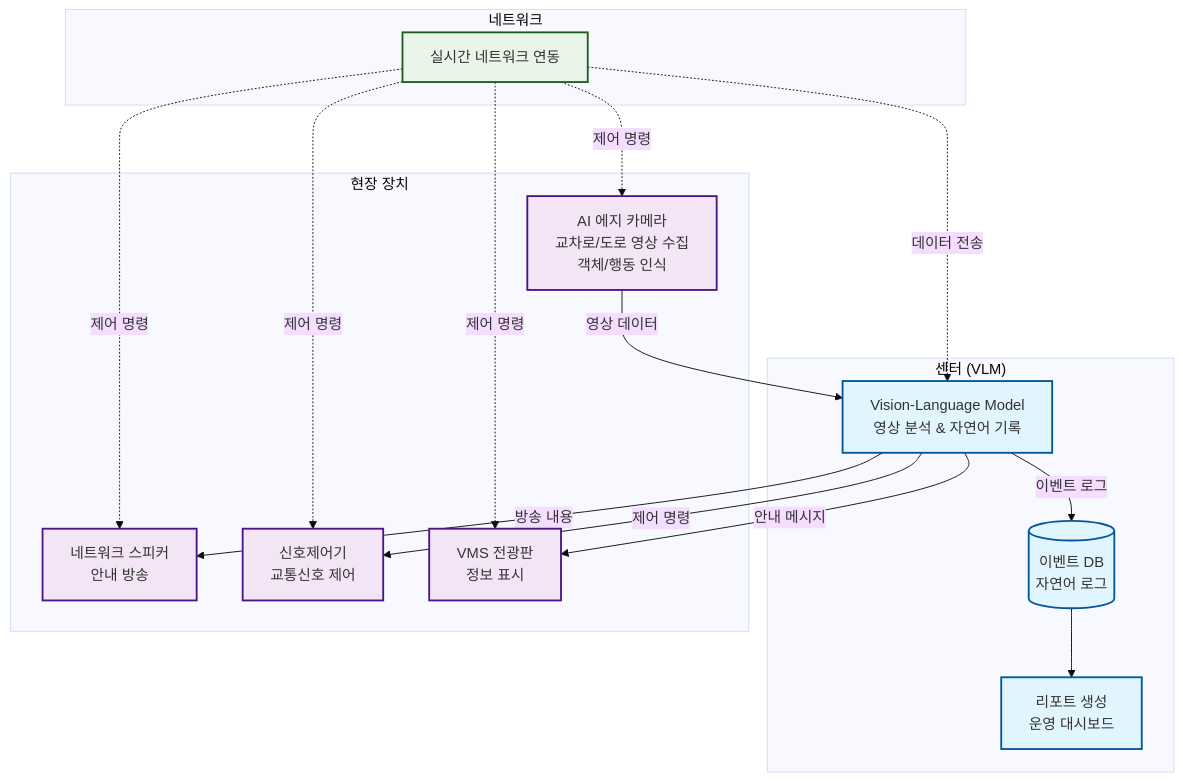
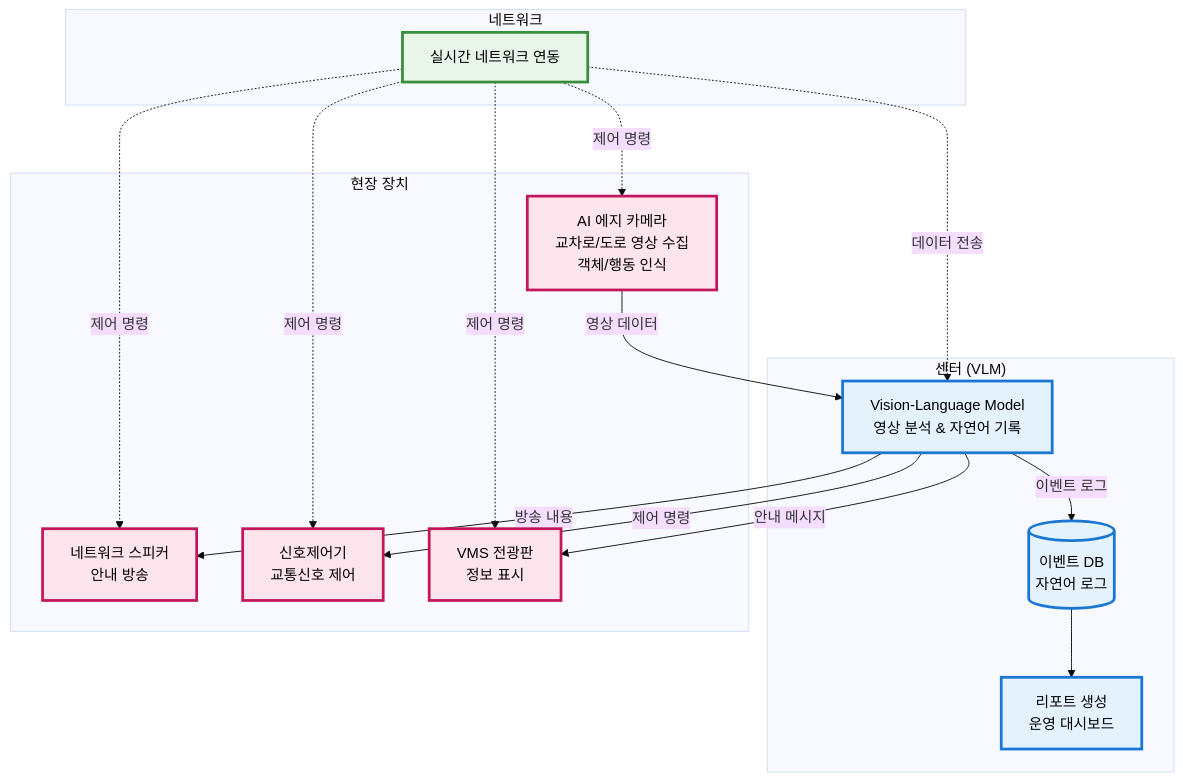
The diagram in VLM 기반 ITS 시스템.md (ahncy001/docs), drawn with Mermaid (base theme) before and after one commit.

Commit message:
Update VLM 기반 ITS 시스템.md

````diff
--- a/VLM 기반 ITS 시스템.md
+++ b/VLM 기반 ITS 시스템.md
@@ -40,45 +40,45 @@
 ```mermaid
 graph TB
     subgraph "센터 (VLM)"
         VLM[Vision-Language Model<br/>영상 분석 & 자연어 기록]
         DB[(이벤트 DB<br/>자연어 로그)]
         REPORT[리포트 생성<br/>운영 대시보드]
     end
     
     subgraph "현장 장치"
         CAM[AI 에지 카메라<br/>교차로/도로 영상 수집<br/>객체/행동 인식]
         SPEAKER[네트워크 스피커<br/>안내 방송]
         SIGNAL[신호제어기<br/>교통신호 제어]
         VMS[VMS 전광판<br/>정보 표시]
     end
     
     subgraph "네트워크"
         NET[실시간 네트워크 연동]
     end
     
     %% 데이터 흐름
     CAM -->|영상 데이터| VLM
     VLM -->|이벤트 로그| DB
     VLM -->|제어 명령| SIGNAL
     VLM -->|안내 메시지| VMS
     VLM -->|방송 내용| SPEAKER
     
     %% 네트워크 연결
     NET -.->|데이터 전송| VLM
     NET -.->|제어 명령| CAM
     NET -.->|제어 명령| SPEAKER
     NET -.->|제어 명령| SIGNAL
     NET -.->|제어 명령| VMS
     
     %% 리포트 생성
     DB --> REPORT
     
-    %% 스타일링
-    classDef center fill:#e1f5fe,stroke:#01579b,stroke-width:2px
-    classDef device fill:#f3e5f5,stroke:#4a148c,stroke-width:2px
-    classDef network fill:#e8f5e8,stroke:#1b5e20,stroke-width:2px
+    %% 스타일링 - 밝은 색상 테마
+    classDef center fill:#e3f2fd,stroke:#1976d2,stroke-width:3px,color:#000
+    classDef device fill:#fce4ec,stroke:#c2185b,stroke-width:3px,color:#000
+    classDef network fill:#e8f5e8,stroke:#388e3c,stroke-width:3px,color:#000
     
     class VLM,DB,REPORT center
     class CAM,SPEAKER,SIGNAL,VMS device
     class NET network
 ```
````
